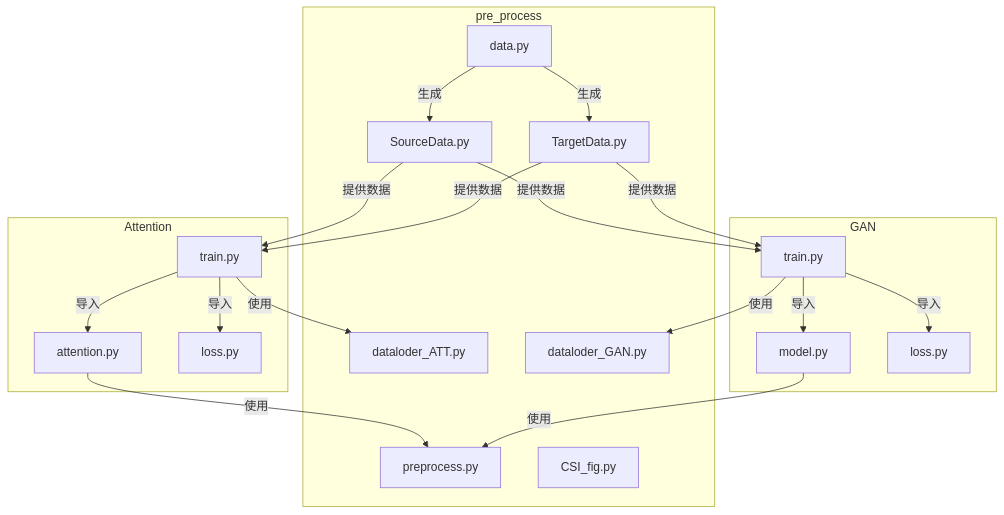
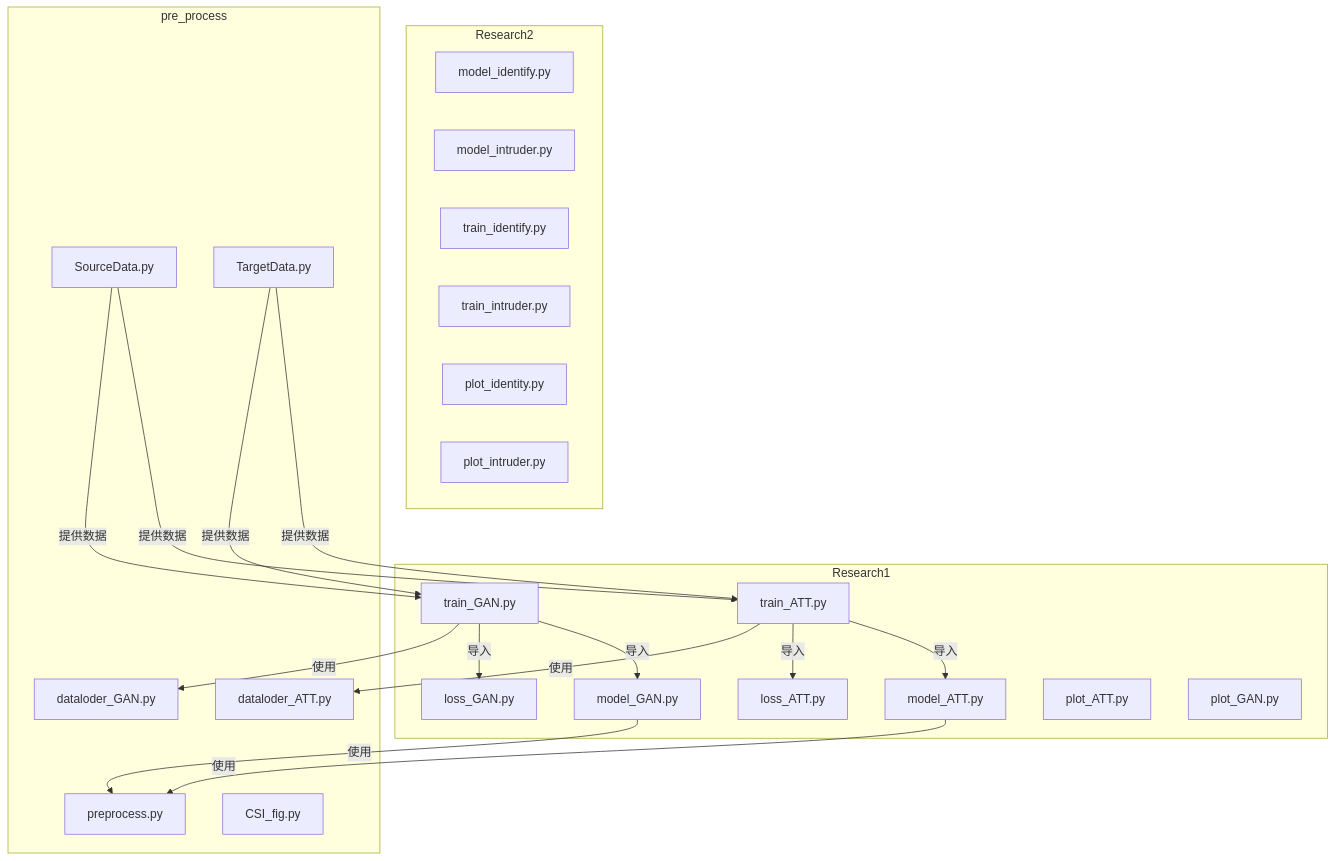
One commit to Opao-heng/CSI changed the first of 4 diagrams in .qoder/repowiki/zh/content/项目概述.md. Above: the diagram before and after it, drawn with Mermaid. The commit also changed other lines of this file and 35 other files, not shown here.

````diff
--- a/.qoder/repowiki/zh/content/项目概述.md
+++ b/.qoder/repowiki/zh/content/项目概述.md
@@ -41,36 +49,41 @@
 ```mermaid
 graph TD
-subgraph "Attention"
-A1[attention.py]
-A2[loss.py]
-A3[train.py]
+subgraph "Research1"
+A1[model_ATT.py]
+A2[model_GAN.py]
+A3[train_ATT.py]
+A4[train_GAN.py]
+A5[loss_ATT.py]
+A6[loss_GAN.py]
+A7[plot_ATT.py]
+A8[plot_GAN.py]
 end
-subgraph "GAN"
-B1[model.py]
-B2[loss.py]
-B3[train.py]
+subgraph "Research2"
+B1[model_identify.py]
+B2[model_intruder.py]
+B3[train_identify.py]
+B4[train_intruder.py]
+B5[plot_identity.py]
+B6[plot_intruder.py]
 end
 subgraph "pre_process"
 C1[preprocess.py]
-C2[data.py]
-C3[SourceData.py]
-C4[TargetData.py]
-C5[dataloder_ATT.py]
-C6[dataloder_GAN.py]
-C7[CSI_fig.py]
+C2[SourceData.py]
+C3[TargetData.py]
+C4[dataloder_ATT.py]
+C5[dataloder_GAN.py]
+C6[CSI_fig.py]
 end
 A1 --> |使用| C1
 A3 --> |导入| A1
-A3 --> |导入| A2
-A3 --> |使用| C5
-B1 --> |使用| C1
-B3 --> |导入| B1
-B3 --> |导入| B2
-B3 --> |使用| C6
-C2 --> |生成| C3
-C2 --> |生成| C4
+A3 --> |导入| A5
+A3 --> |使用| C4
+A2 --> |使用| C1
+A4 --> |导入| A2
+A4 --> |导入| A6
+A4 --> |使用| C5
+C2 --> |提供数据| A3
+C2 --> |提供数据| A4
 C3 --> |提供数据| A3
-C3 --> |提供数据| B3
-C4 --> |提供数据| A3
-C4 --> |提供数据| B3
+C3 --> |提供数据| A4
 ```
````
